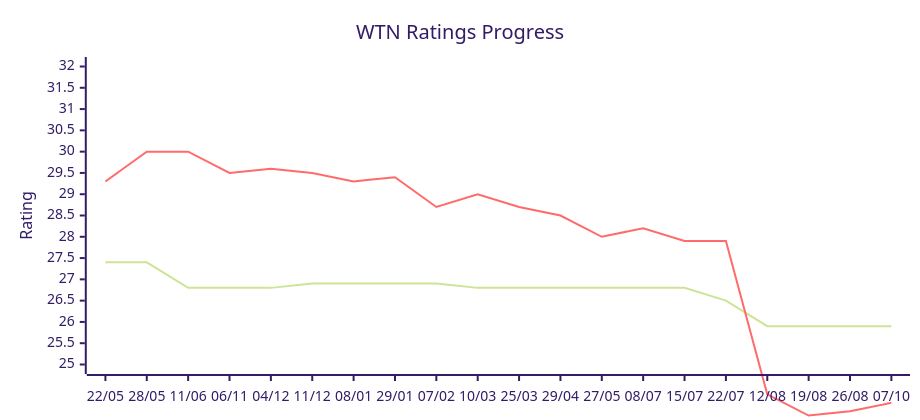
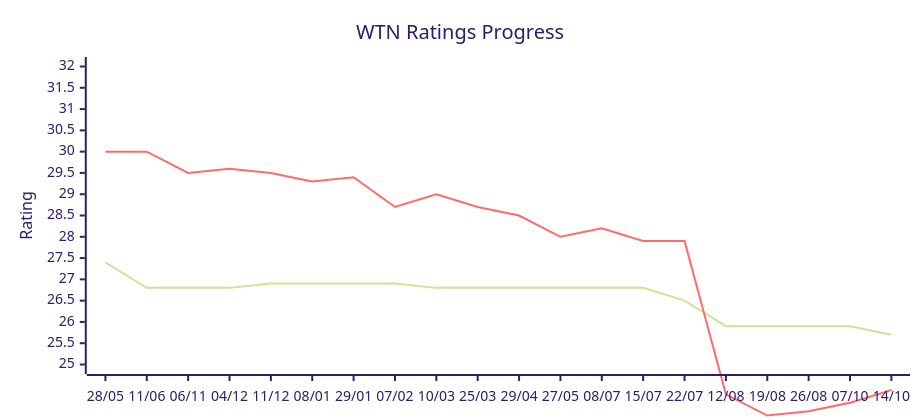
One commit to jamesrwhite/wtn changed the diagram in README.md. Above: the diagram before and after it, drawn with Mermaid (forest theme). The commit also changed other lines of this file and 1 other file, not shown here.

Commit message:
Updated ratings

````diff
--- a/README.md
+++ b/README.md
@@ -12,14 +12,14 @@
 ```mermaid
 ---
 config:
   xyChart:
     width: 900
     height: 400
 ---
 xychart-beta
   title "WTN Ratings Progress"
-  x-axis ["22/05", "28/05", "11/06", "06/11", "04/12", "11/12", "08/01", "29/01", "07/02", "10/03", "25/03", "29/04", "27/05", "08/07", "15/07", "22/07", "12/08", "19/08", "26/08", "07/10"]
+  x-axis ["28/05", "11/06", "06/11", "04/12", "11/12", "08/01", "29/01", "07/02", "10/03", "25/03", "29/04", "27/05", "08/07", "15/07", "22/07", "12/08", "19/08", "26/08", "07/10", "14/10"]
   y-axis "Rating" 25 --> 32
-  line [27.4, 27.4, 26.8, 26.8, 26.8, 26.9, 26.9, 26.9, 26.9, 26.8, 26.8, 26.8, 26.8, 26.8, 26.8, 26.5, 25.9, 25.9, 25.9, 25.9]
-  line [29.3, 30.0, 30.0, 29.5, 29.6, 29.5, 29.3, 29.4, 28.7, 29.0, 28.7, 28.5, 28.0, 28.2, 27.9, 27.9, 24.3, 23.8, 23.9, 24.1]
+  line [27.4, 26.8, 26.8, 26.8, 26.9, 26.9, 26.9, 26.9, 26.8, 26.8, 26.8, 26.8, 26.8, 26.8, 26.5, 25.9, 25.9, 25.9, 25.9, 25.7]
+  line [30.0, 30.0, 29.5, 29.6, 29.5, 29.3, 29.4, 28.7, 29.0, 28.7, 28.5, 28.0, 28.2, 27.9, 27.9, 24.3, 23.8, 23.9, 24.1, 24.4]
 ```
````
